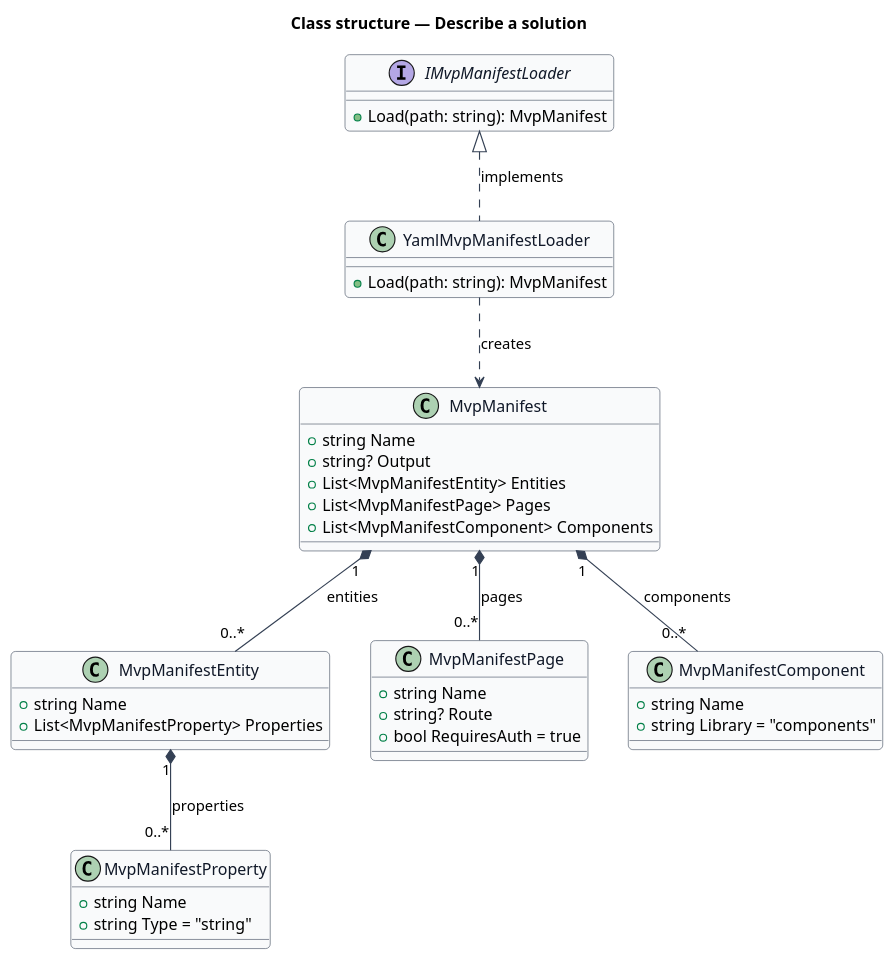
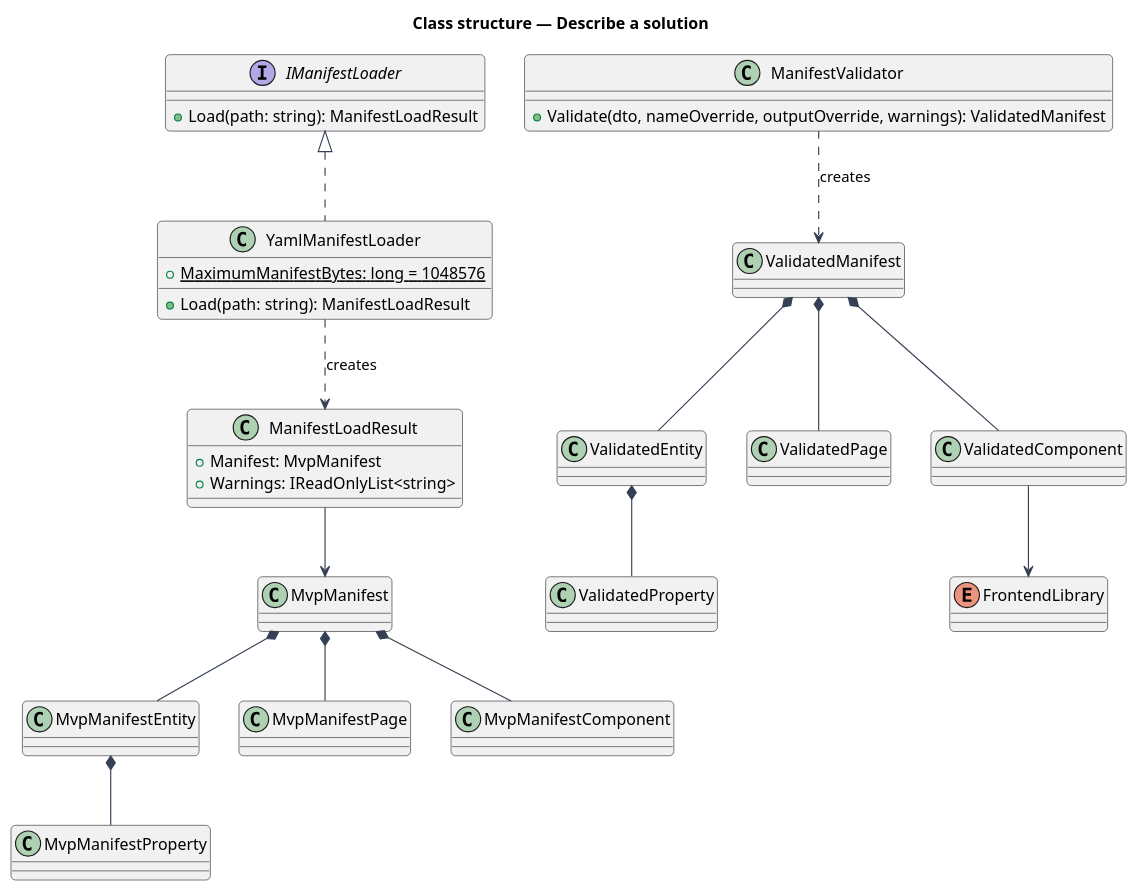
Before and after one commit to QuinntyneBrown/mvp: the diagram in docs/detailed-designs/manifest/describe-a-solution/diagrams/class-structure.puml, drawn with PlantUML. The commit also changed 63 other files, not shown here.

First line of the commit message:
docs: update requirements, designs, README, and skill for the new architecture

```diff
--- a/docs/detailed-designs/manifest/describe-a-solution/diagrams/class-structure.puml
+++ b/docs/detailed-designs/manifest/describe-a-solution/diagrams/class-structure.puml
@@ -1,51 +1,48 @@
 @startuml
 skinparam backgroundColor #FFFFFF
 skinparam shadowing false
 skinparam roundcorner 8
 skinparam defaultFontName Arial
 skinparam ArrowColor #344054
-skinparam class {
-  BorderColor #344054
-  FontColor #101828
-  BackgroundColor #F9FAFB
-}
 title Class structure — Describe a solution
 
-class MvpManifest {
-  +string Name
-  +string? Output
-  +List<MvpManifestEntity> Entities
-  +List<MvpManifestPage> Pages
-  +List<MvpManifestComponent> Components
+class MvpManifest
+class MvpManifestEntity
+class MvpManifestProperty
+class MvpManifestPage
+class MvpManifestComponent
+interface IManifestLoader {
+  +Load(path: string): ManifestLoadResult
 }
-class MvpManifestEntity {
-  +string Name
-  +List<MvpManifestProperty> Properties
+class YamlManifestLoader {
+  {static} +MaximumManifestBytes: long = 1048576
+  +Load(path: string): ManifestLoadResult
 }
-class MvpManifestProperty {
-  +string Name
-  +string Type = "string"
+class ManifestLoadResult {
+  +Manifest: MvpManifest
+  +Warnings: IReadOnlyList<string>
 }
-class MvpManifestPage {
-  +string Name
-  +string? Route
-  +bool RequiresAuth = true
+class ManifestValidator {
+  +Validate(dto, nameOverride, outputOverride, warnings): ValidatedManifest
 }
-class MvpManifestComponent {
-  +string Name
-  +string Library = "components"
-}
-interface IMvpManifestLoader {
-  +Load(path: string): MvpManifest
-}
-class YamlMvpManifestLoader {
-  +Load(path: string): MvpManifest
-}
+class ValidatedManifest
+class ValidatedEntity
+class ValidatedProperty
+class ValidatedPage
+class ValidatedComponent
+enum FrontendLibrary
 
-MvpManifest "1" *-- "0..*" MvpManifestEntity : entities
-MvpManifestEntity "1" *-- "0..*" MvpManifestProperty : properties
-MvpManifest "1" *-- "0..*" MvpManifestPage : pages
-MvpManifest "1" *-- "0..*" MvpManifestComponent : components
-IMvpManifestLoader <|.. YamlMvpManifestLoader : implements
-YamlMvpManifestLoader ..> MvpManifest : creates
+MvpManifest *-- MvpManifestEntity
+MvpManifestEntity *-- MvpManifestProperty
+MvpManifest *-- MvpManifestPage
+MvpManifest *-- MvpManifestComponent
+IManifestLoader <|.. YamlManifestLoader
+YamlManifestLoader ..> ManifestLoadResult : creates
+ManifestLoadResult --> MvpManifest
+ManifestValidator ..> ValidatedManifest : creates
+ValidatedManifest *-- ValidatedEntity
+ValidatedEntity *-- ValidatedProperty
+ValidatedManifest *-- ValidatedPage
+ValidatedManifest *-- ValidatedComponent
+ValidatedComponent --> FrontendLibrary
 @enduml
```
